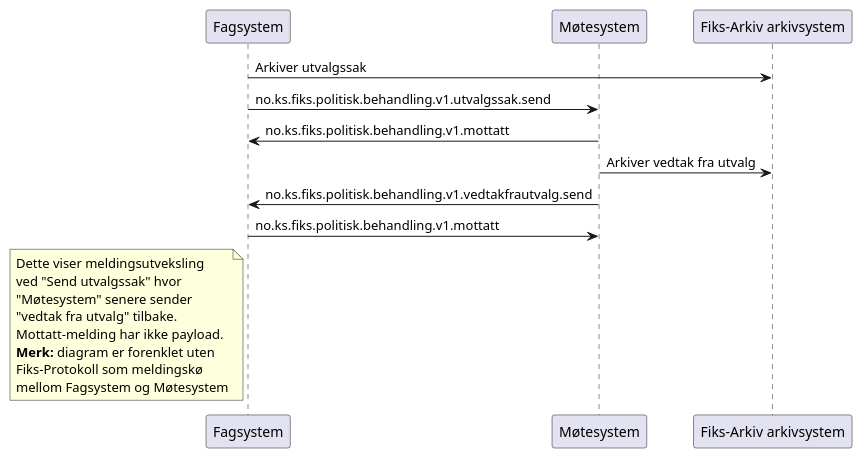
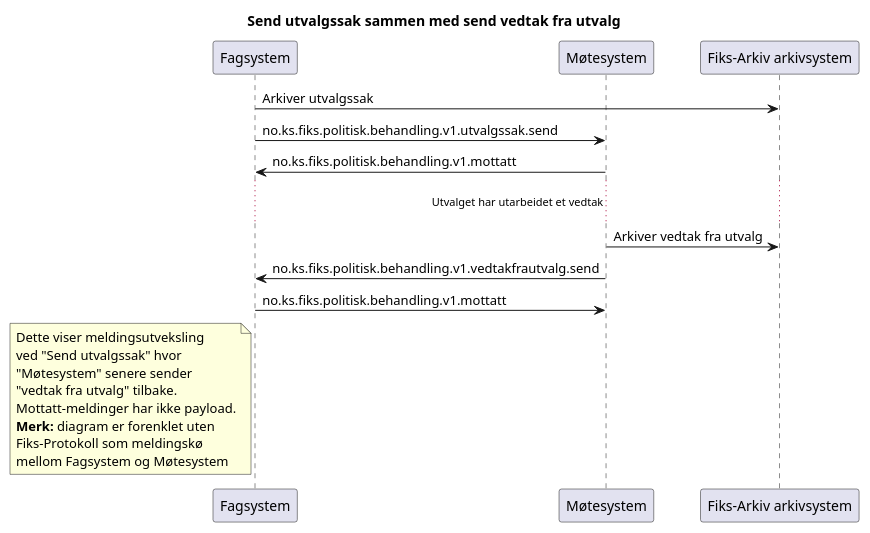
One commit to ks-no/fiks-politisk-behandling-specification changed the diagram in Dokumentasjon/V1/meldingsutveksling/utvalgssak-send-med-vedtakfrautvalg-send/sekvensdiagram/sekvensdiagram-utvalgssak-send-med-vedtakfrautvalg-send.puml. Above: the diagram before and after it, drawn with PlantUML. The commit also changed 1 other file, not shown here.

Commit message:
Forbedret send uvalgssak sammen med send vedtak fra utvalg

```diff
--- a/Dokumentasjon/V1/meldingsutveksling/utvalgssak-send-med-vedtakfrautvalg-send/sekvensdiagram/sekvensdiagram-utvalgssak-send-med-vedtakfrautvalg-send.puml
+++ b/Dokumentasjon/V1/meldingsutveksling/utvalgssak-send-med-vedtakfrautvalg-send/sekvensdiagram/sekvensdiagram-utvalgssak-send-med-vedtakfrautvalg-send.puml
@@ -1,24 +1,30 @@
 @startuml
+title "Send utvalgssak sammen med send vedtak fra utvalg"
+
+
 participant Fagsystem as "Fagsystem"
 participant Møtesystem as "Møtesystem"
 participant Arkivsystem as "Fiks-Arkiv arkivsystem"
 
 Fagsystem -> Arkivsystem : Arkiver utvalgssak
 Fagsystem -> Møtesystem : no.ks.fiks.politisk.behandling.v1.utvalgssak.send
 Fagsystem <- Møtesystem : no.ks.fiks.politisk.behandling.v1.mottatt
+
+...Utvalget har utarbeidet et vedtak...
+
 Møtesystem -> Arkivsystem : Arkiver vedtak fra utvalg
 Møtesystem -> Fagsystem : no.ks.fiks.politisk.behandling.v1.vedtakfrautvalg.send
 Møtesystem <- Fagsystem : no.ks.fiks.politisk.behandling.v1.mottatt
 
 note left of Fagsystem
 Dette viser meldingsutveksling
 ved "Send utvalgssak" hvor 
 "Møtesystem" senere sender 
 "vedtak fra utvalg" tilbake.
-Mottatt-melding har ikke payload.
+Mottatt-meldinger har ikke payload.
 **Merk:** diagram er forenklet uten
 Fiks-Protokoll som meldingskø
 mellom Fagsystem og Møtesystem
 end note
 
 @enduml
```
